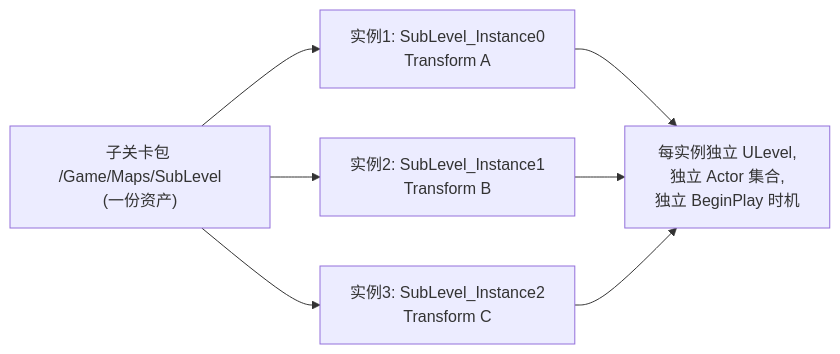
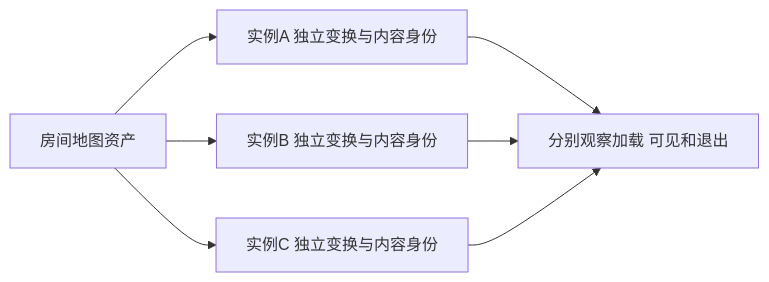
One commit to fantuan812/learning changed the fifth of 5 diagrams in 知识/03-引擎架构与资源系统/世界组织与资源加载/08-关卡流送LevelStreaming.md. Above: the diagram before and after it, drawn with Mermaid. The commit also changed other lines of this file and 1 other file, not shown here.

````diff
--- a/知识/03-引擎架构与资源系统/世界组织与资源加载/08-关卡流送LevelStreaming.md
+++ b/知识/03-引擎架构与资源系统/世界组织与资源加载/08-关卡流送LevelStreaming.md
@@ -174,9 +205,9 @@
 ```mermaid
 flowchart LR
-    A["子关卡包 /Game/Maps/SubLevel<br/>(一份资产)"] --> B["实例1: SubLevel_Instance0<br/>Transform A"]
-    A --> C["实例2: SubLevel_Instance1<br/>Transform B"]
-    A --> D["实例3: SubLevel_Instance2<br/>Transform C"]
-    B --> E["每实例独立 ULevel,<br/>独立 Actor 集合,<br/>独立 BeginPlay 时机"]
+    A[房间地图资产] --> B[实例A 独立变换与内容身份]
+    A --> C[实例B 独立变换与内容身份]
+    A --> D[实例C 独立变换与内容身份]
+    B --> E[分别观察加载 可见和退出]
     C --> E
     D --> E
 ```
````
